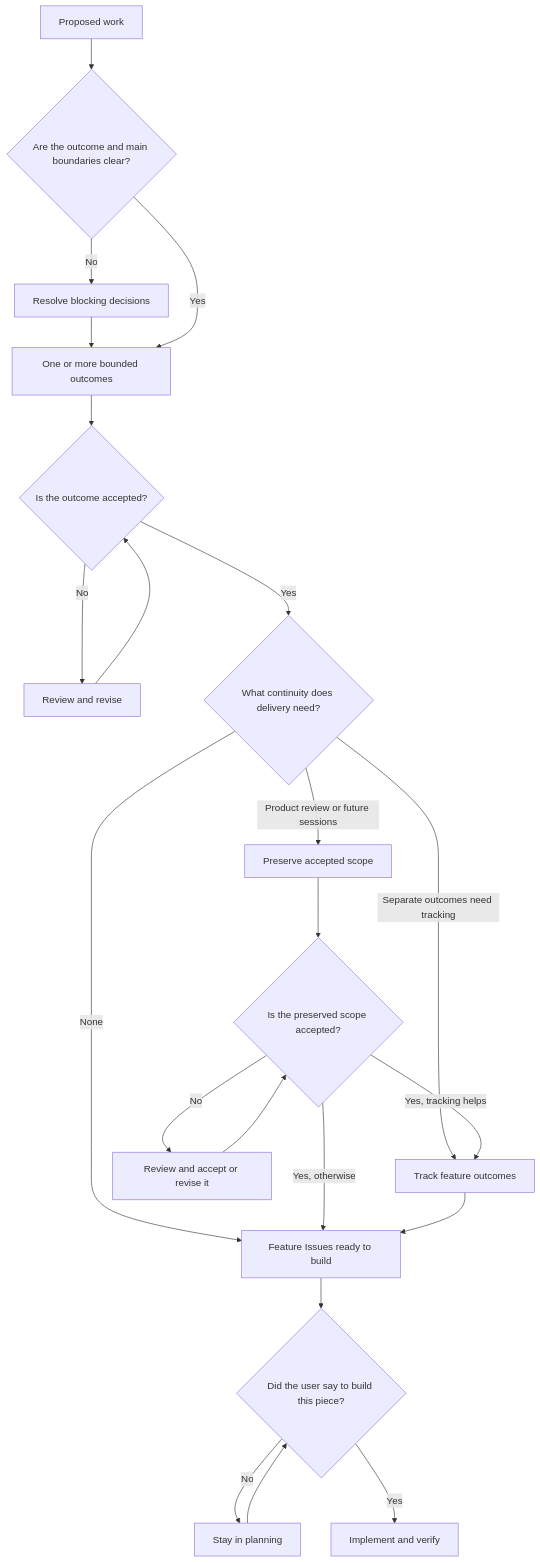
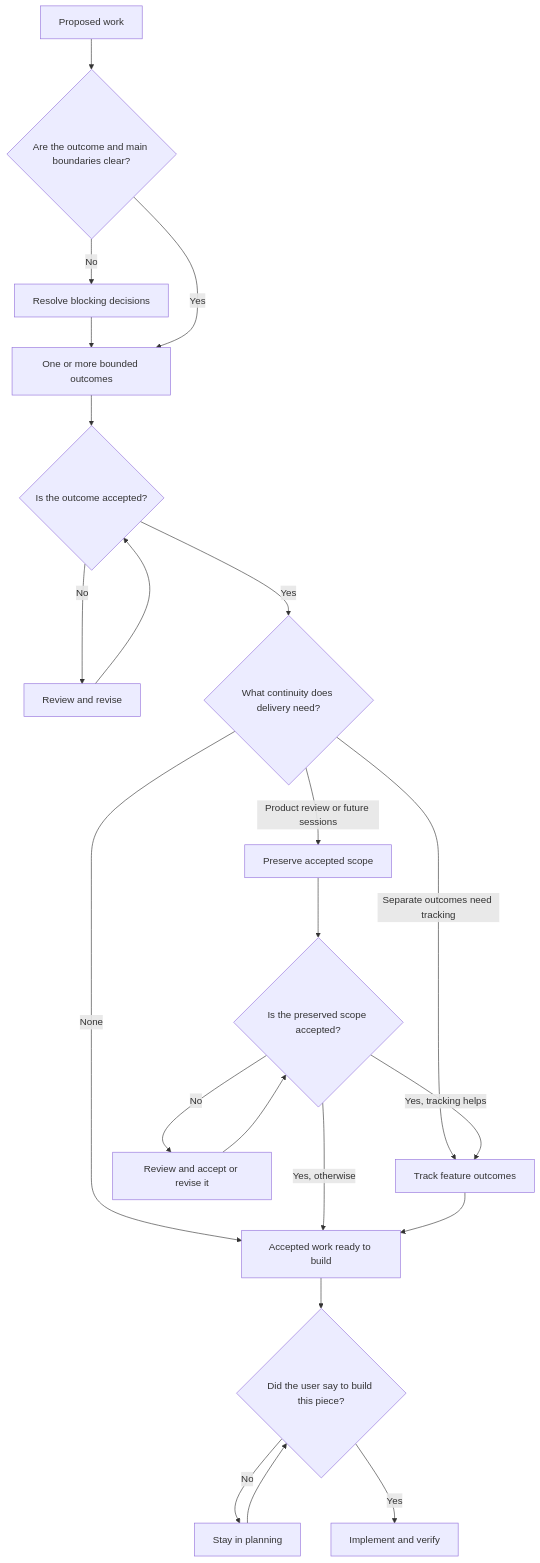
One commit to synorastudio/eng-playbook changed the diagram in README.md. Above: the diagram before and after it, drawn with Mermaid. The commit also changed other lines of this file and 2 other files, not shown here.

Commit message:
fix(playbook): keep the buildable state generic, not mandatory Feature Issues
Address Macroscope review on #7: retiring Work Unit, the refactor swapped in
"Feature Issues" as if they were required, but a Spec or Feature Issue is
optional per the delivery convention.

- The ready-to-build state in the route diagrams is now "Accepted work ready
  to build," reachable without a tracking artifact.
- Feature planning and the README describe cutting into Feature Issues as
  conditional (when tracking helps), not a required step.
- write-spec routes to write-issues when tracking helps instead of forcing
  every accepted Spec into Feature Issues.

````diff
--- a/README.md
+++ b/README.md
@@ -33,24 +33,24 @@
 ```mermaid
 flowchart TD
     proposed[Proposed work] --> clear{Are the outcome and main boundaries clear?}
     clear -->|No| resolve[Resolve blocking decisions]
     resolve --> bounded[One or more bounded outcomes]
     clear -->|Yes| bounded
     bounded --> accepted{Is the outcome accepted?}
     accepted -->|No| review[Review and revise]
     review --> accepted
     accepted -->|Yes| continuity{What continuity does delivery need?}
     continuity -->|Product review or future sessions| preserve[Preserve accepted scope]
     continuity -->|Separate outcomes need tracking| track[Track feature outcomes]
-    continuity -->|None| ready[Feature Issues ready to build]
+    continuity -->|None| ready[Accepted work ready to build]
     preserve --> preservedAccepted{Is the preserved scope accepted?}
     preservedAccepted -->|No| preserveReview[Review and accept or revise it]
     preserveReview --> preservedAccepted
     preservedAccepted -->|Yes, tracking helps| track
     preservedAccepted -->|Yes, otherwise| ready
     track --> ready
     ready --> gate{Did the user say to build this piece?}
     gate -->|No| planning[Stay in planning]
     planning --> gate
     gate -->|Yes| implement[Implement and verify]
 ```
````
